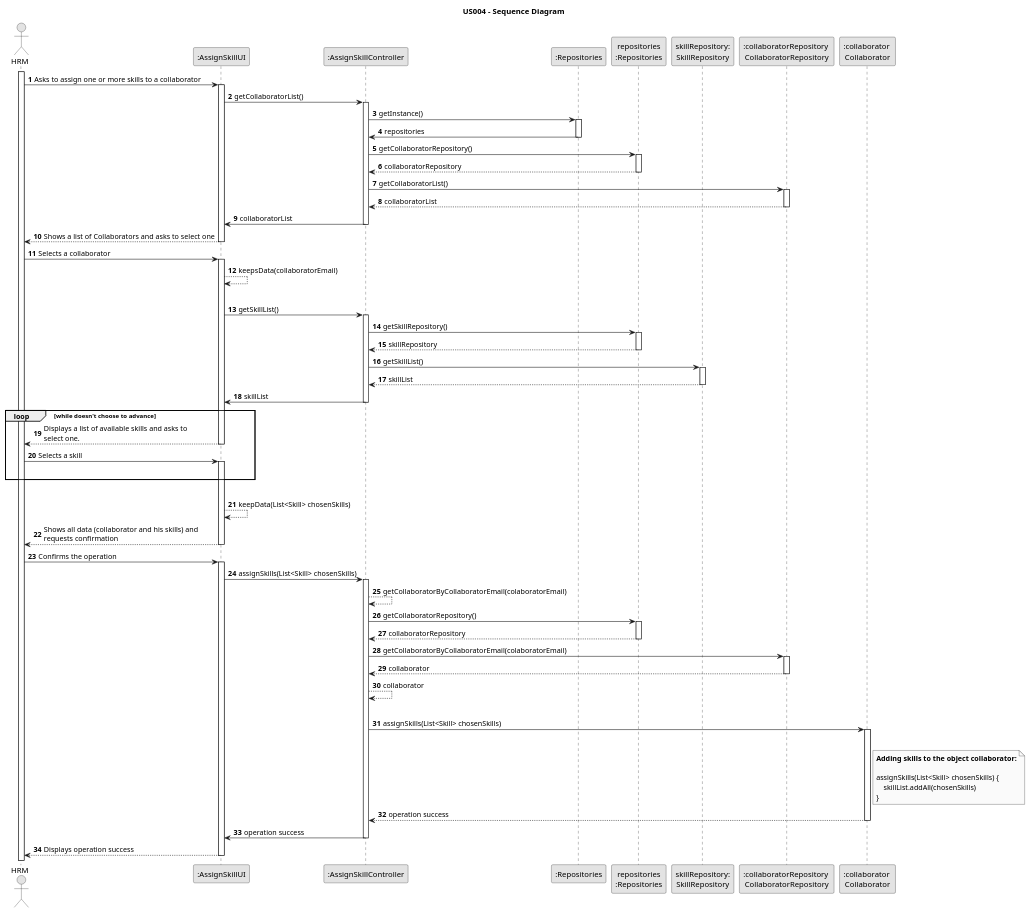
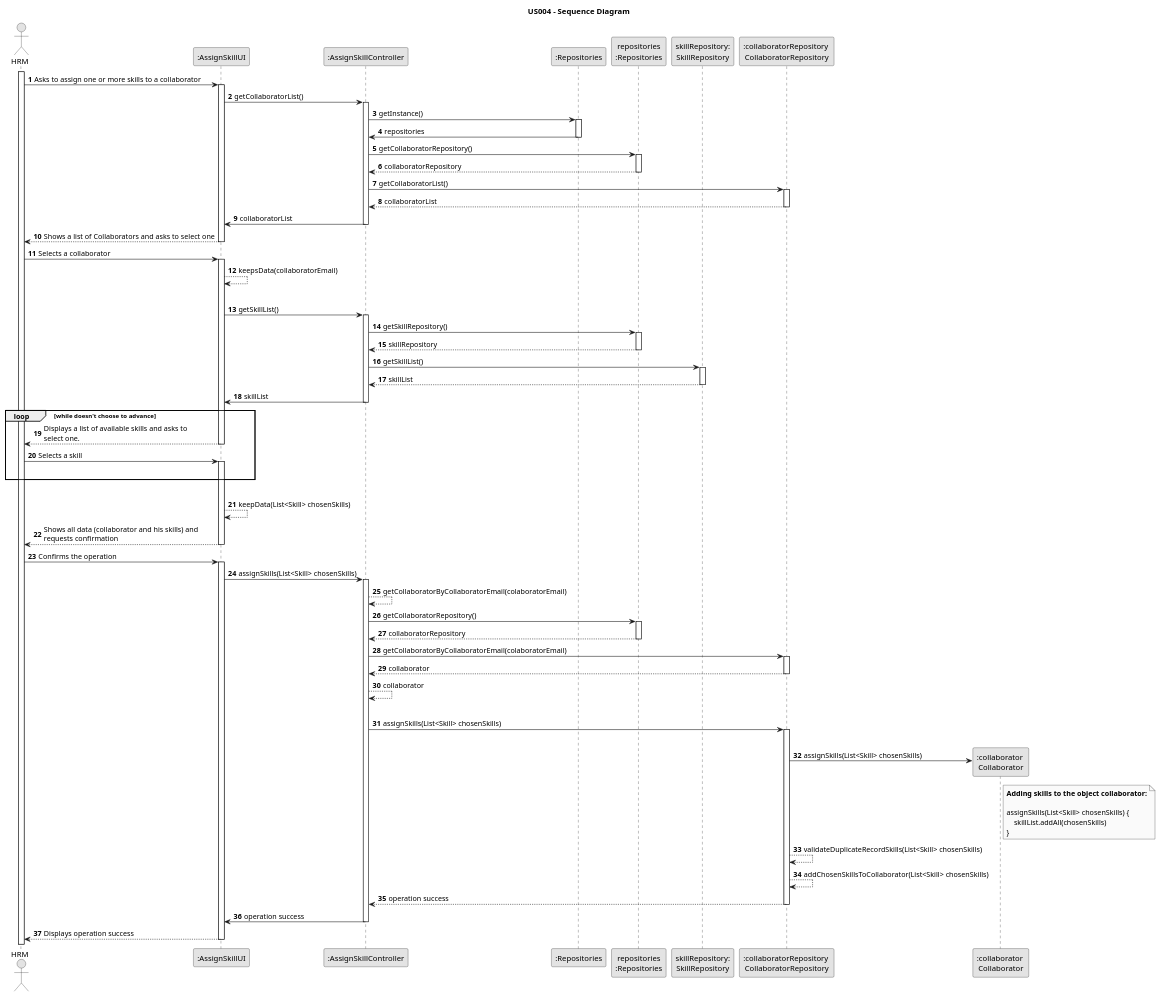
Before and after one commit to Rui-San/LAPR2_2023_2024: the diagram in docs/sprintB/us004/03.design/puml/us004-sequence-diagram.puml, drawn with PlantUML. The commit also changed 1 other file, not shown here.

```diff
--- a/docs/sprintB/us004/03.design/puml/us004-sequence-diagram.puml
+++ b/docs/sprintB/us004/03.design/puml/us004-sequence-diagram.puml
@@ -1,151 +1,155 @@
 @startuml
 skinparam monochrome true
 skinparam packageStyle rectangle
 skinparam shadowing false
 
 title US004 - Sequence Diagram
 
 autonumber
 
 actor "HRM" as HRM
 participant ":AssignSkillUI" as UI
 participant ":AssignSkillController" as CTRL
 participant ":Repositories" as RepositorySingleton
 participant "repositories\n:Repositories" as rep
 participant "skillRepository:\nSkillRepository" as SkillRepository
 participant ":collaboratorRepository \nCollaboratorRepository" as COLREP
 participant ":collaborator \nCollaborator" as COL
 
 activate HRM
 
     HRM -> UI : Asks to assign one or more skills to a collaborator
 
     activate UI
 
         UI -> CTRL : getCollaboratorList()
 
         activate CTRL
 
             CTRL -> RepositorySingleton : getInstance()
 
             activate RepositorySingleton
 
                 RepositorySingleton -> CTRL : repositories
             deactivate RepositorySingleton
 
             CTRL -> rep : getCollaboratorRepository()
             activate rep
 
                 rep --> CTRL : collaboratorRepository
             deactivate rep
             CTRL -> COLREP : getCollaboratorList()
 
             activate COLREP
 
             COLREP --> CTRL : collaboratorList
             deactivate COLREP
 
 
             CTRL -> UI : collaboratorList
         deactivate CTRL
         UI --> HRM : Shows a list of Collaborators and asks to select one
 
     deactivate UI
 
     HRM -> UI : Selects a collaborator
     activate UI
 
 
     UI --> UI : keepsData(collaboratorEmail)
 
     |||
 
         UI -> CTRL : getSkillList()
 
         activate CTRL
 
 
             CTRL -> rep : getSkillRepository()
 
             activate rep
 
                 rep --> CTRL : skillRepository
             deactivate rep
 
             CTRL -> SkillRepository : getSkillList()
 
             activate SkillRepository
 
                 SkillRepository --> CTRL : skillList
             deactivate SkillRepository
 
             CTRL -> UI : skillList
         deactivate CTRL
 
         loop while doesn't choose to advance
 
             UI --> HRM : Displays a list of available skills and asks to \nselect one.
     deactivate UI
 
         HRM -> UI : Selects a skill
         |||
 
     activate UI
 
         end
         |||
         UI --> UI : keepData(List<Skill> chosenSkills)
 
         UI --> HRM : Shows all data (collaborator and his skills) and \nrequests confirmation
     deactivate UI
 
     HRM -> UI : Confirms the operation
     activate UI
 
 
         UI -> CTRL : assignSkills(List<Skill> chosenSkills)
 
         activate CTRL
 
             CTRL --> CTRL : getCollaboratorByCollaboratorEmail(colaboratorEmail)
 
 
             CTRL -> rep : getCollaboratorRepository()
 
             activate rep
 
                 rep --> CTRL : collaboratorRepository
             deactivate rep
 
             CTRL -> COLREP : getCollaboratorByCollaboratorEmail(colaboratorEmail)
             activate COLREP
 
                 COLREP --> CTRL : collaborator
             deactivate COLREP
 
             CTRL --> CTRL : collaborator
             |||
 
-            CTRL -> COL : assignSkills(List<Skill> chosenSkills)
+            CTRL -> COLREP : assignSkills(List<Skill> chosenSkills)
             |||
-            activate COL
+            activate COLREP
 
-            Note right of COL
+            COLREP -> COL** : assignSkills(List<Skill> chosenSkills)
+Note right of COL
                 <font color=black><b>Adding skills to the object collaborator:
 
                 assignSkills(List<Skill> chosenSkills) {
                     skillList.addAll(chosenSkills)
                 }
             end note
-                COL -->CTRL : operation success
 
+                COLREP --> COLREP : validateDuplicateRecordSkills(List<Skill> chosenSkills)
 
+                COLREP --> COLREP : addChosenSkillsToCollaborator(List<Skill> chosenSkills)
 
-            deactivate COL
+                COLREP -->CTRL : operation success
+
+            deactivate COLREP
             CTRL -> UI : operation success
         deactivate CTRL
 
         UI --> HRM : Displays operation success
     deactivate UI
 
 @enduml
```
